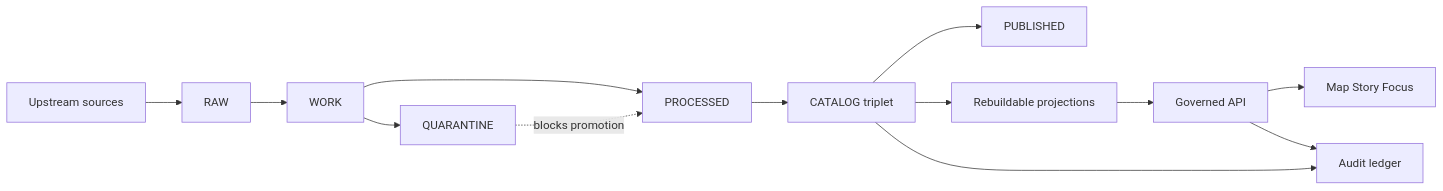
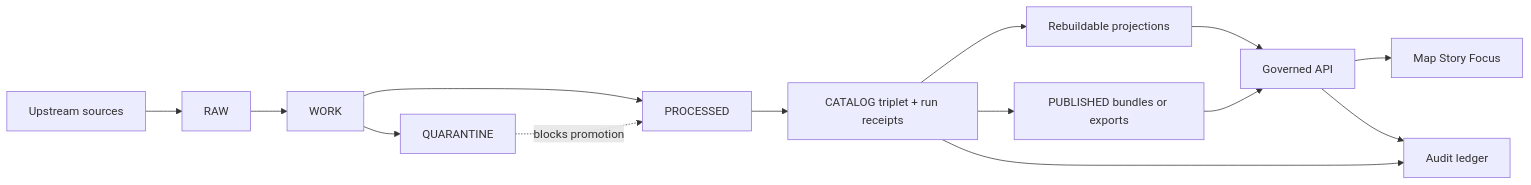
One commit to bartytime4life/Kansas-Frontier-Matrix changed the diagram in data/README.md. Above: the diagram before and after it, drawn with Mermaid. The commit also changed other lines of this file, not shown here.

````diff
--- a/data/README.md
+++ b/data/README.md
@@ -184,17 +192,19 @@
 ```mermaid
 flowchart LR
   U[Upstream sources] --> R[RAW]
   R --> W[WORK]
   W --> P[PROCESSED]
-  P --> C[CATALOG triplet]
-  C --> PUB[PUBLISHED]
-  C --> IDX[Rebuildable projections]
-  IDX --> API[Governed API]
-  API --> UI[Map Story Focus]
+  P --> C[CATALOG triplet + run receipts]
 
   W --> Q[QUARANTINE]
   Q -. blocks promotion .-> P
 
+  C --> IDX[Rebuildable projections]
+  C --> PUB[PUBLISHED bundles or exports]
+  IDX --> API[Governed API]
+  PUB --> API
+  API --> UI[Map Story Focus]
+
   C --> AUD[Audit ledger]
   API --> AUD
 ```
````
